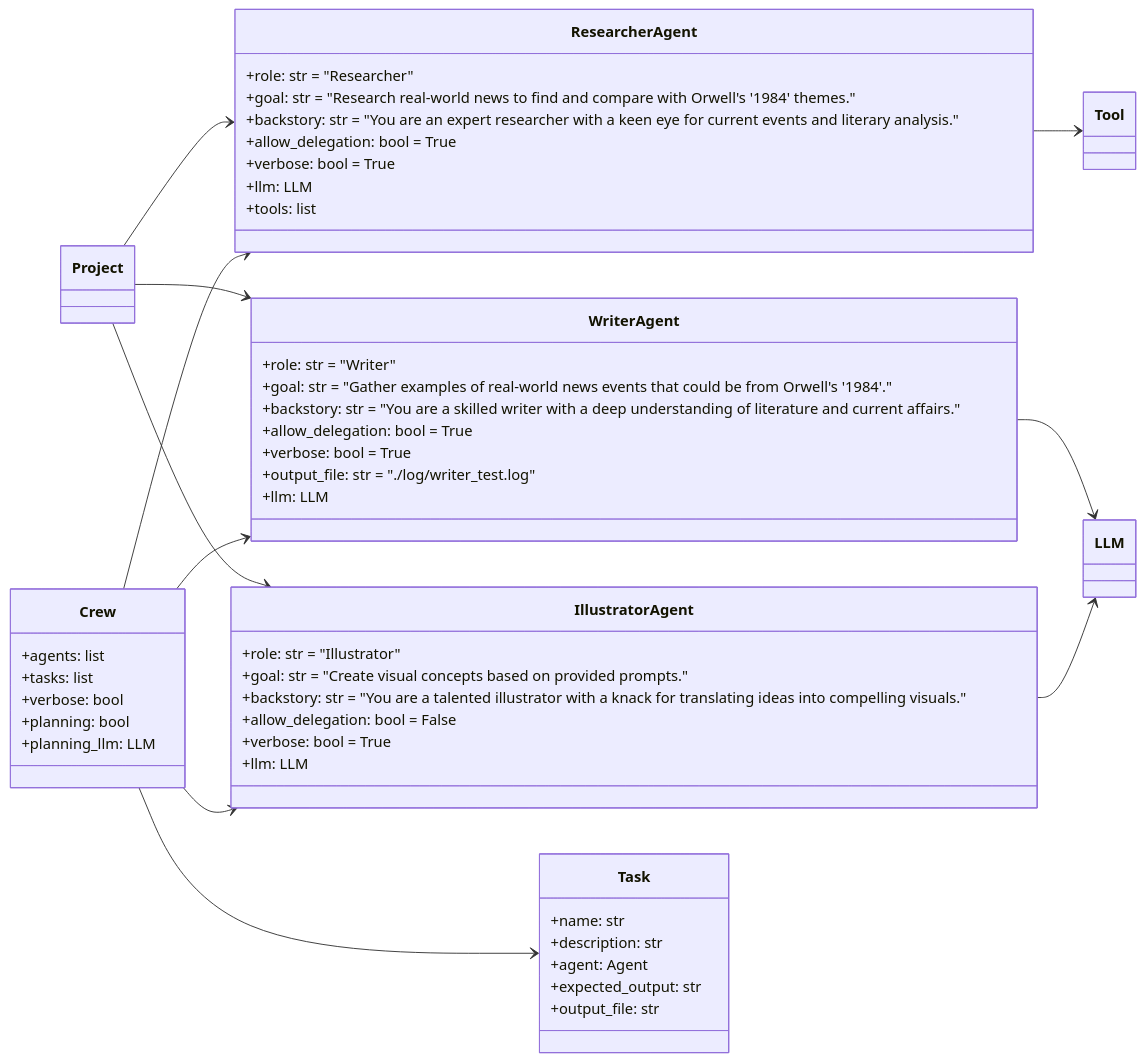
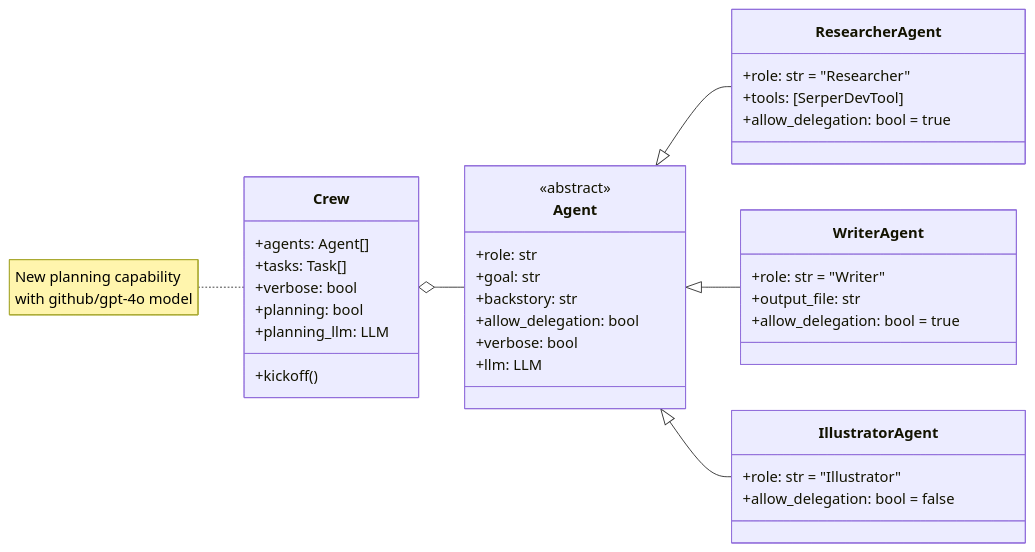
One commit to TheRealFREDP3D/George_Was_Right changed the diagram in docs/v0.3-Class-Diagram.md. Above: the diagram before and after it, drawn with Mermaid. The commit also changed 2 other files, not shown here.

Commit message:
modified:   CHANGELOG.md modified:   docs/v0.3-Class-Diagram.md new file:   docs/v0.3-Sequence-Diagram.md

````diff
--- a/docs/v0.3-Class-Diagram.md
+++ b/docs/v0.3-Class-Diagram.md
@@ -1,63 +1,46 @@
 ```mermaid
 classDiagram
-  direction LR
+    direction LR
+    class Agent {
+        <<abstract>>
+        +role: str
+        +goal: str
+        +backstory: str
+        +allow_delegation: bool
+        +verbose: bool
+        +llm: LLM
+    }
 
-  class Project {
-  }
+    class ResearcherAgent {
+        +role: str = "Researcher"
+        +tools: [SerperDevTool]
+        +allow_delegation: bool = true
+    }
 
-  class ResearcherAgent {
-      +role: str = "Researcher"
-      +goal: str = "Research real-world news to find and compare with Orwell's '1984' themes."
-      +backstory: str = "You are an expert researcher with a keen eye for current events and literary analysis."
-      +allow_delegation: bool = True
-      +verbose: bool = True
-      +llm: LLM
-      +tools: list
-  }
+    class WriterAgent {
+        +role: str = "Writer"
+        +output_file: str
+        +allow_delegation: bool = true
+    }
 
-  class WriterAgent {
-      +role: str = "Writer"
-      +goal: str = "Gather examples of real-world news events that could be from Orwell's '1984'."
-      +backstory: str = "You are a skilled writer with a deep understanding of literature and current affairs."
-      +allow_delegation: bool = True
-      +verbose: bool = True
-      +output_file: str = "./log/writer_test.log"
-      +llm: LLM
-  }
+    class IllustratorAgent {
+        +role: str = "Illustrator"
+        +allow_delegation: bool = false
+    }
 
-  class IllustratorAgent {
-      +role: str = "Illustrator"
-      +goal: str = "Create visual concepts based on provided prompts."
-      +backstory: str = "You are a talented illustrator with a knack for translating ideas into compelling visuals."
-      +allow_delegation: bool = False
-      +verbose: bool = True
-      +llm: LLM
-  }
+    class Crew {
+        +agents: Agent[]
+        +tasks: Task[]
+        +verbose: bool
+        +planning: bool
+        +planning_llm: LLM
+        +kickoff()
+    }
 
-  class Task {
-      +name: str
-      +description: str
-      +agent: Agent
-      +expected_output: str
-      +output_file: str
-  }
-
-  class Crew {
-      +agents: list
-      +tasks: list
-      +verbose: bool
-      +planning: bool
-      +planning_llm: LLM
-  }
-
-  Project --> ResearcherAgent
-  Project --> WriterAgent
-  Project --> IllustratorAgent
-  ResearcherAgent --> Tool
-  WriterAgent --> LLM
-  IllustratorAgent --> LLM
-  Crew --> Task
-  Crew --> ResearcherAgent
-  Crew --> WriterAgent
-  Crew --> IllustratorAgent
+    Agent <|-- ResearcherAgent
+    Agent <|-- WriterAgent
+    Agent <|-- IllustratorAgent
+    Crew o-- Agent
+    note for Crew "New planning capability
+with github/gpt-4o model"
 ```
````
